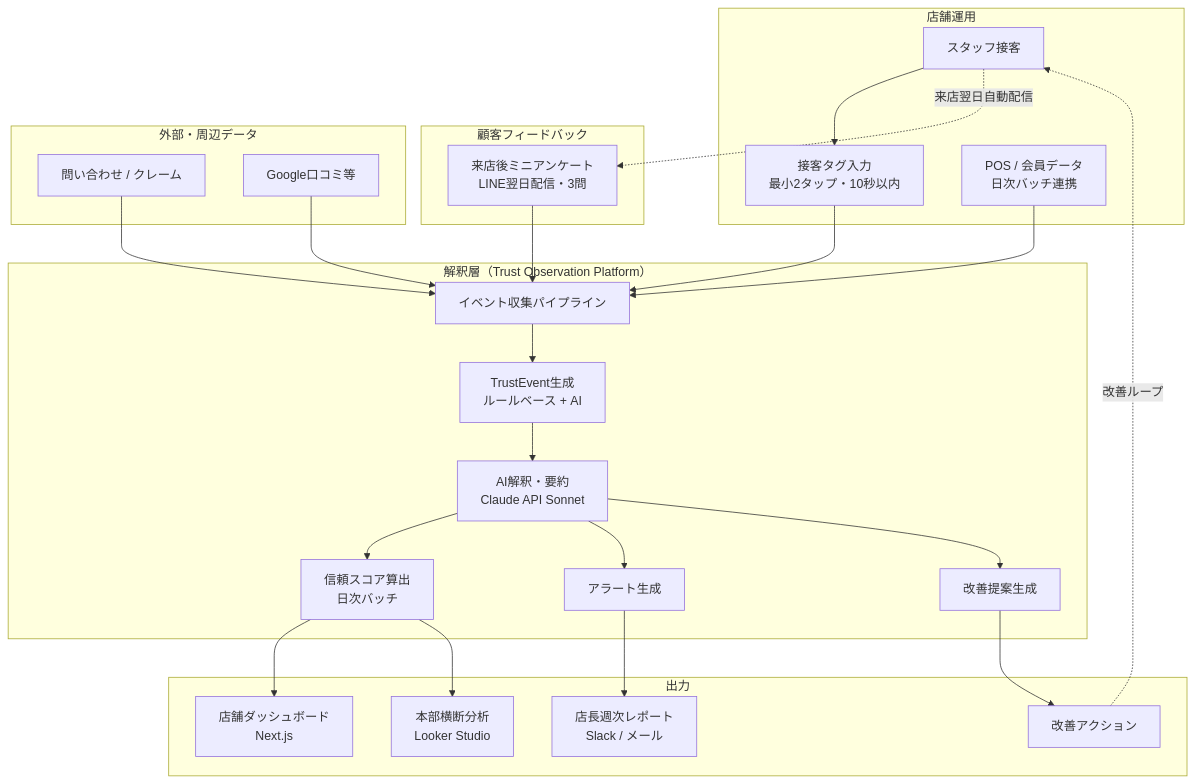
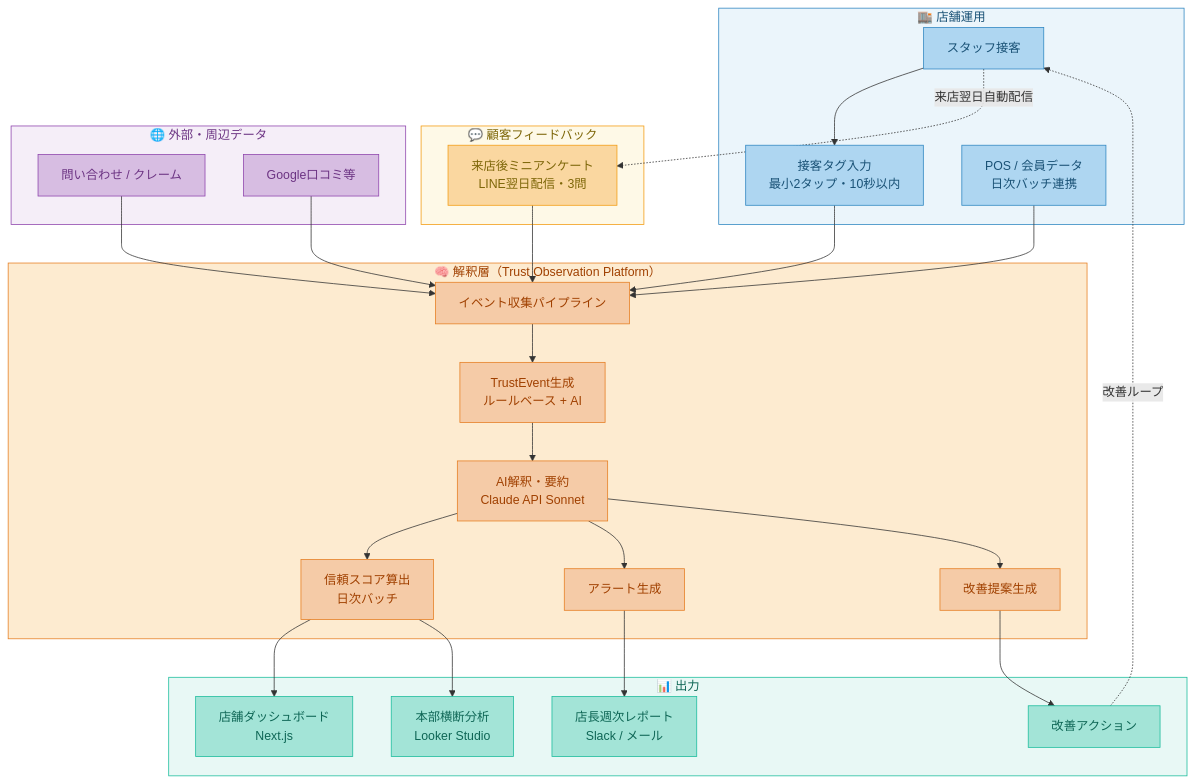
One commit to KazuakiWatanabe/subjective-trust-platform changed the second of 4 diagrams in docs/trust-system-summary-mermaid.md. Above: the diagram before and after it, drawn with Mermaid. The commit also changed other lines of this file and 2 other files, not shown here.

Commit message:
図の修正

````diff
--- a/docs/trust-system-summary-mermaid.md
+++ b/docs/trust-system-summary-mermaid.md
@@ -135,54 +152,79 @@
 ```mermaid
 flowchart TB
-    subgraph StoreOps["店舗運用"]
+    subgraph StoreOps["🏬 店舗運用"]
         S1[スタッフ接客]
         S2[接客タグ入力<br/>最小2タップ・10秒以内]
         S4[POS / 会員データ<br/>日次バッチ連携]
     end
 
-    subgraph CustomerFB["顧客フィードバック"]
+    subgraph CustomerFB["💬 顧客フィードバック"]
         S3[来店後ミニアンケート<br/>LINE翌日配信・3問]
     end
 
-    subgraph Sources["外部・周辺データ"]
+    subgraph Sources["🌐 外部・周辺データ"]
         X1[問い合わせ / クレーム]
         X2[Google口コミ等]
     end
 
-    subgraph Platform["解釈層（Trust Observation Platform）"]
+    subgraph Platform["🧠 解釈層（Trust Observation Platform）"]
         P1[イベント収集パイプライン]
         P2[TrustEvent生成<br/>ルールベース + AI]
         P3[AI解釈・要約<br/>Claude API Sonnet]
         P4[信頼スコア算出<br/>日次バッチ]
         P5[アラート生成]
         P6[改善提案生成]
     end
 
-    subgraph Outputs["出力"]
+    subgraph Outputs["📊 出力"]
         O1[店舗ダッシュボード<br/>Next.js]
         O2[店長週次レポート<br/>Slack / メール]
         O3[本部横断分析<br/>Looker Studio]
         O4[改善アクション]
     end
 
     S1 --> S2
     S1 -.->|来店翌日自動配信| S3
 
     S2 --> P1
     S3 --> P1
     S4 --> P1
     X1 --> P1
     X2 --> P1
 
     P1 --> P2
     P2 --> P3
     P3 --> P4
     P3 --> P5
     P3 --> P6
 
     P4 --> O1
     P4 --> O3
     P5 --> O2
     P6 --> O4
     O4 -.->|改善ループ| S1
+
+    style StoreOps fill:#EBF5FB,stroke:#2E86C1,color:#1A5276
+    style CustomerFB fill:#FEF9E7,stroke:#F39C12,color:#7D6608
+    style Sources fill:#F5EEF8,stroke:#8E44AD,color:#6C3483
+    style Platform fill:#FDEBD0,stroke:#E67E22,color:#A04000
+    style Outputs fill:#E8F8F5,stroke:#1ABC9C,color:#0E6655
+
+    style S1 fill:#AED6F1,stroke:#2E86C1,color:#1A5276
+    style S2 fill:#AED6F1,stroke:#2E86C1,color:#1A5276
+    style S4 fill:#AED6F1,stroke:#2E86C1,color:#1A5276
+    style S3 fill:#FAD7A0,stroke:#F39C12,color:#7D6608
+    style X1 fill:#D7BDE2,stroke:#8E44AD,color:#6C3483
+    style X2 fill:#D7BDE2,stroke:#8E44AD,color:#6C3483
+
+    style P1 fill:#F5CBA7,stroke:#E67E22,color:#A04000
+    style P2 fill:#F5CBA7,stroke:#E67E22,color:#A04000
+    style P3 fill:#F5CBA7,stroke:#E67E22,color:#A04000
+    style P4 fill:#F5CBA7,stroke:#E67E22,color:#A04000
+    style P5 fill:#F5CBA7,stroke:#E67E22,color:#A04000
+    style P6 fill:#F5CBA7,stroke:#E67E22,color:#A04000
+
+    style O1 fill:#A3E4D7,stroke:#1ABC9C,color:#0E6655
+    style O2 fill:#A3E4D7,stroke:#1ABC9C,color:#0E6655
+    style O3 fill:#A3E4D7,stroke:#1ABC9C,color:#0E6655
+    style O4 fill:#A3E4D7,stroke:#1ABC9C,color:#0E6655
 ```
````
